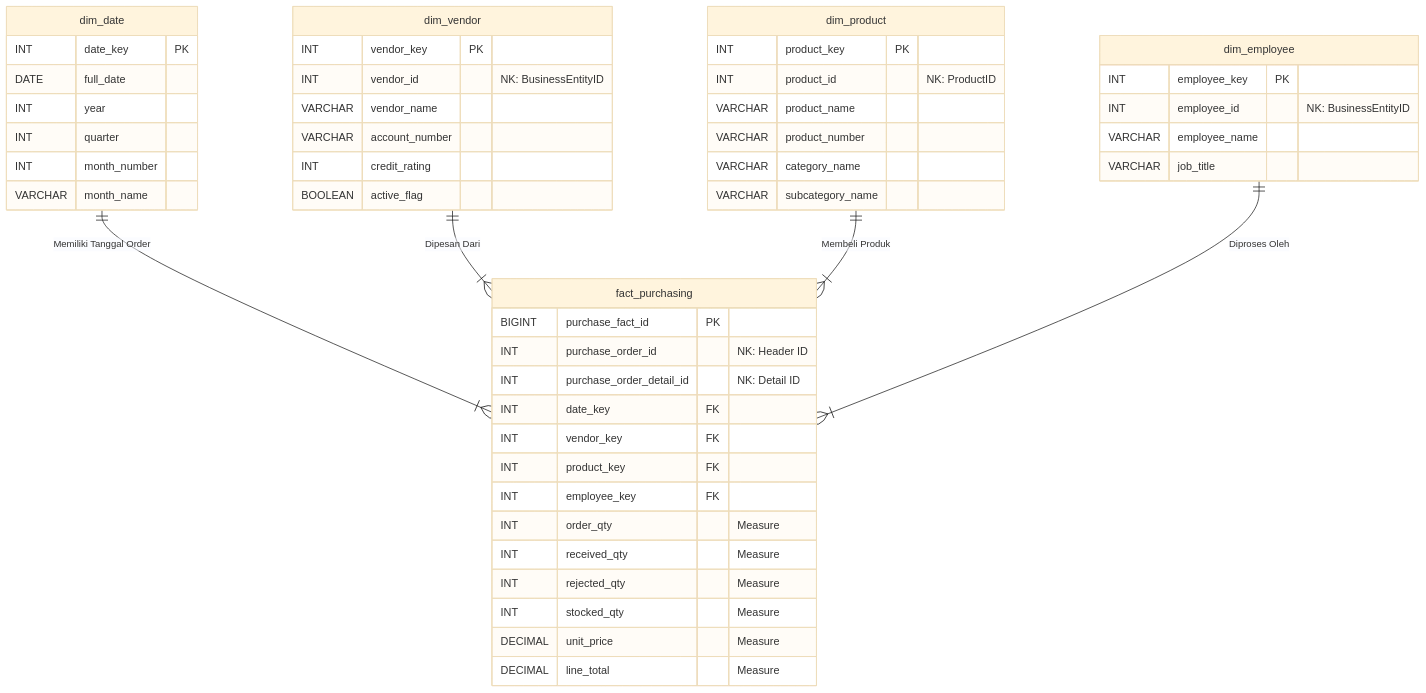
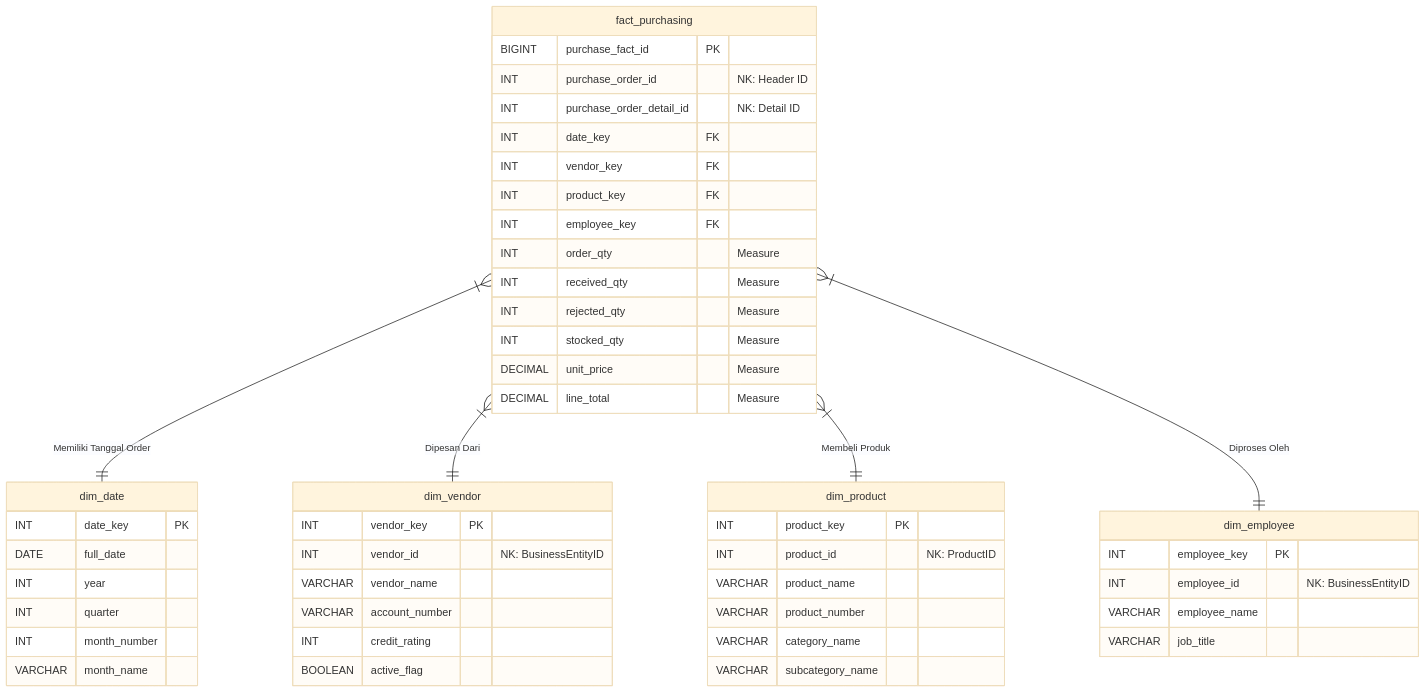
One commit to Damarytf/dw-kelompok-3 changed the diagram in docs/star_scheme & grain.md. Above: the diagram before and after it, drawn with Mermaid (base theme).

Commit message:
Refactor relationships in star_scheme & grain.md

````diff
--- a/docs/star_scheme & grain.md
+++ b/docs/star_scheme & grain.md
@@ -9,57 +9,57 @@
 ```mermaid
 erDiagram
     fact_purchasing {
         BIGINT purchase_fact_id PK
         INT purchase_order_id "NK: Header ID"
         INT purchase_order_detail_id "NK: Detail ID"
         INT date_key FK
         INT vendor_key FK
         INT product_key FK
         INT employee_key FK
         INT order_qty "Measure"
         INT received_qty "Measure"
         INT rejected_qty "Measure"
         INT stocked_qty "Measure"
         DECIMAL unit_price "Measure"
         DECIMAL line_total "Measure"
     }
 
     dim_vendor {
         INT vendor_key PK
         INT vendor_id "NK: BusinessEntityID"
         VARCHAR vendor_name
         VARCHAR account_number
         INT credit_rating
         BOOLEAN active_flag
     }
 
     dim_product {
         INT product_key PK
         INT product_id "NK: ProductID"
         VARCHAR product_name
         VARCHAR product_number
         VARCHAR category_name
         VARCHAR subcategory_name
     }
 
     dim_employee {
         INT employee_key PK
         INT employee_id "NK: BusinessEntityID"
         VARCHAR employee_name
         VARCHAR job_title
     }
 
     dim_date {
         INT date_key PK
         DATE full_date
         INT year
         INT quarter
         INT month_number
         VARCHAR month_name
     }
 
-    dim_date ||--|{ fact_purchasing : "Memiliki Tanggal Order"
-    dim_vendor ||--|{ fact_purchasing : "Dipesan Dari"
-    dim_product ||--|{ fact_purchasing : "Membeli Produk"
-    dim_employee ||--|{ fact_purchasing : "Diproses Oleh"
+    fact_purchasing }|--|| dim_date : "Memiliki Tanggal Order"
+    fact_purchasing }|--|| dim_vendor : "Dipesan Dari"
+    fact_purchasing }|--|| dim_product : "Membeli Produk"
+    fact_purchasing }|--|| dim_employee : "Diproses Oleh"
 ```
````
